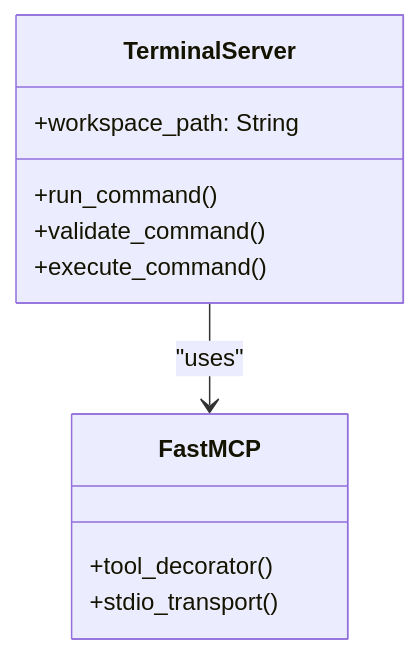
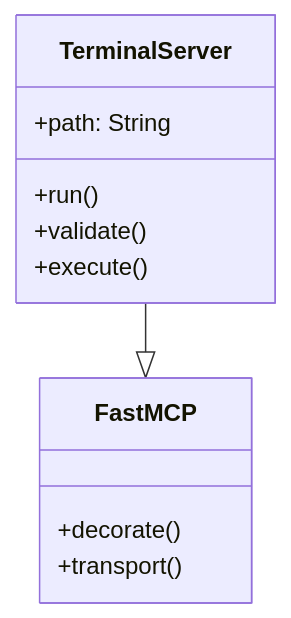
One commit to Techiral/mcp changed the fifth of 5 diagrams in README.md. Above: the diagram before and after it, drawn with Mermaid.

Commit message:
Refactor class diagrams in README.md: update property and method names in TerminalServer and FastMCP classes.

````diff
--- a/README.md
+++ b/README.md
@@ -174,14 +174,14 @@
 ```mermaid
 classDiagram
     class TerminalServer {
-        +workspace_path: String
-        +run_command()
-        +validate_command()
-        +execute_command()
+        +path: String
+        +run()
+        +validate() 
+        +execute()
     }
-    TerminalServer --> FastMCP : "uses"
+    TerminalServer --|> FastMCP
     class FastMCP {
-        +tool_decorator()
-        +stdio_transport()
+        +decorate()
+        +transport()
     }
 ```
````
